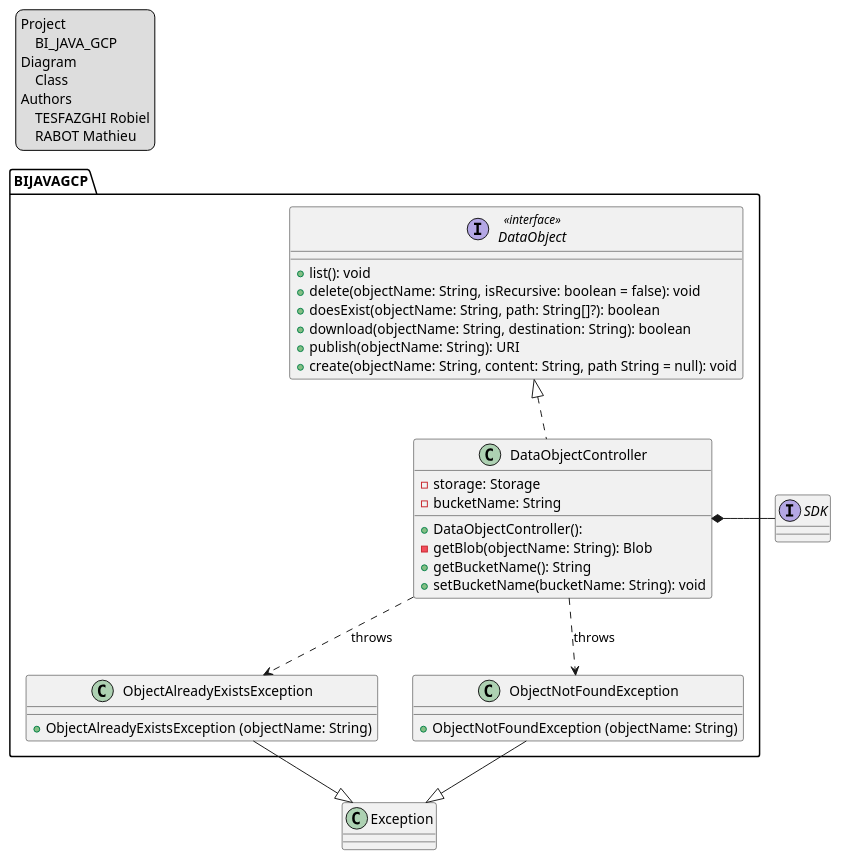
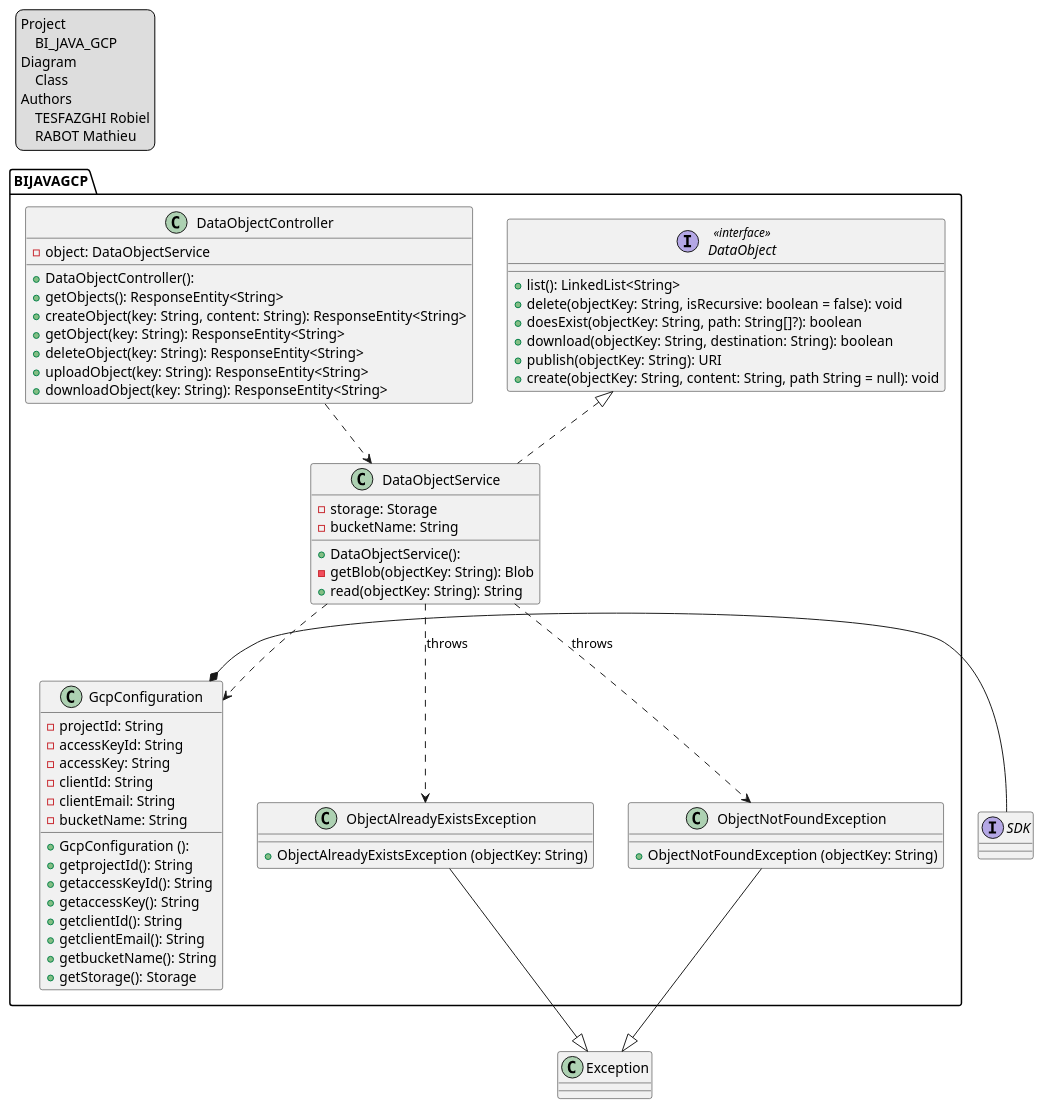
One commit to CPNV-ES-BI/BI_JAVA_GCP changed the diagram in doc/Diagramme de classe.plantuml. Above: the diagram before and after it, drawn with PlantUML. The commit also changed 3 other files, not shown here.

Commit message:
Update class diagram

```diff
--- a/doc/Diagramme de classe.plantuml
+++ b/doc/Diagramme de classe.plantuml
@@ -1,57 +1,88 @@
 @startuml
 'https://plantuml.com/class-diagram
 
 legend top left
     Project
         BI_JAVA_GCP
     Diagram
         Class
     Authors
         TESFAZGHI Robiel
         RABOT Mathieu
 endlegend
 
 package BIJAVAGCP {
     interface DataObject << interface >>{
-        + list(): void
-        + delete(objectName: String, isRecursive: boolean = false): void
-        + doesExist(objectName: String, path: String[]?): boolean
-        + download(objectName: String, destination: String): boolean
-        + publish(objectName: String): URI
-        + create(objectName: String, content: String, path String = null): void
+        + list(): LinkedList<String>
+        + delete(objectKey: String, isRecursive: boolean = false): void
+        + doesExist(objectKey: String, path: String[]?): boolean
+        + download(objectKey: String, destination: String): boolean
+        + publish(objectKey: String): URI
+        + create(objectKey: String, content: String, path String = null): void
+    }
+
+    class DataObjectService {
+        + DataObjectService():
+        - storage: Storage
+        - bucketName: String
+        - getBlob(objectKey: String): Blob
+        + read(objectKey: String): String
     }
 
     class DataObjectController {
+        - object: DataObjectService
         + DataObjectController():
-        - storage: Storage
-        - bucketName: String
-        - getBlob(objectName: String): Blob
-        + getBucketName(): String
-        + setBucketName(bucketName: String): void
+        + getObjects(): ResponseEntity<String>
+        + createObject(key: String, content: String): ResponseEntity<String>
+        + getObject(key: String): ResponseEntity<String>
+        + deleteObject(key: String): ResponseEntity<String>
+        + uploadObject(key: String): ResponseEntity<String>
+        + downloadObject(key: String): ResponseEntity<String>
     }
 
-    class ObjectAlreadyExistsException {
-        + ObjectAlreadyExistsException (objectName: String)
+       class ObjectAlreadyExistsException {
+        + ObjectAlreadyExistsException (objectKey: String)
+    }
+
+    class GcpConfiguration {
+        + GcpConfiguration ():
+        - projectId: String
+        - accessKeyId: String
+        - accessKey: String
+        - clientId: String
+        - clientEmail: String
+        - bucketName: String
+        + getprojectId(): String
+        + getaccessKeyId(): String
+        + getaccessKey(): String
+        + getclientId(): String
+        + getclientEmail(): String
+        + getbucketName(): String
+        + getStorage(): Storage
     }
 
     class ObjectNotFoundException {
-        + ObjectNotFoundException (objectName: String)
+        + ObjectNotFoundException (objectKey: String)
     }
 }
+
+
 
 class Exception
 
 interface SDK
 
 
-DataObject <|.. DataObjectController
+DataObject <|.. DataObjectService
 
-DataObjectController ..> ObjectAlreadyExistsException : throws
-DataObjectController  ..> ObjectNotFoundException : throws
+GcpConfiguration *- SDK
+
+DataObjectService ..> GcpConfiguration
+DataObjectService ..> ObjectAlreadyExistsException : throws
+DataObjectService ..> ObjectNotFoundException : throws
+
+DataObjectController ..> DataObjectService
 
 ObjectAlreadyExistsException  --|> Exception
 ObjectNotFoundException --|> Exception
-
-DataObjectController *- SDK
-
 @enduml
```
